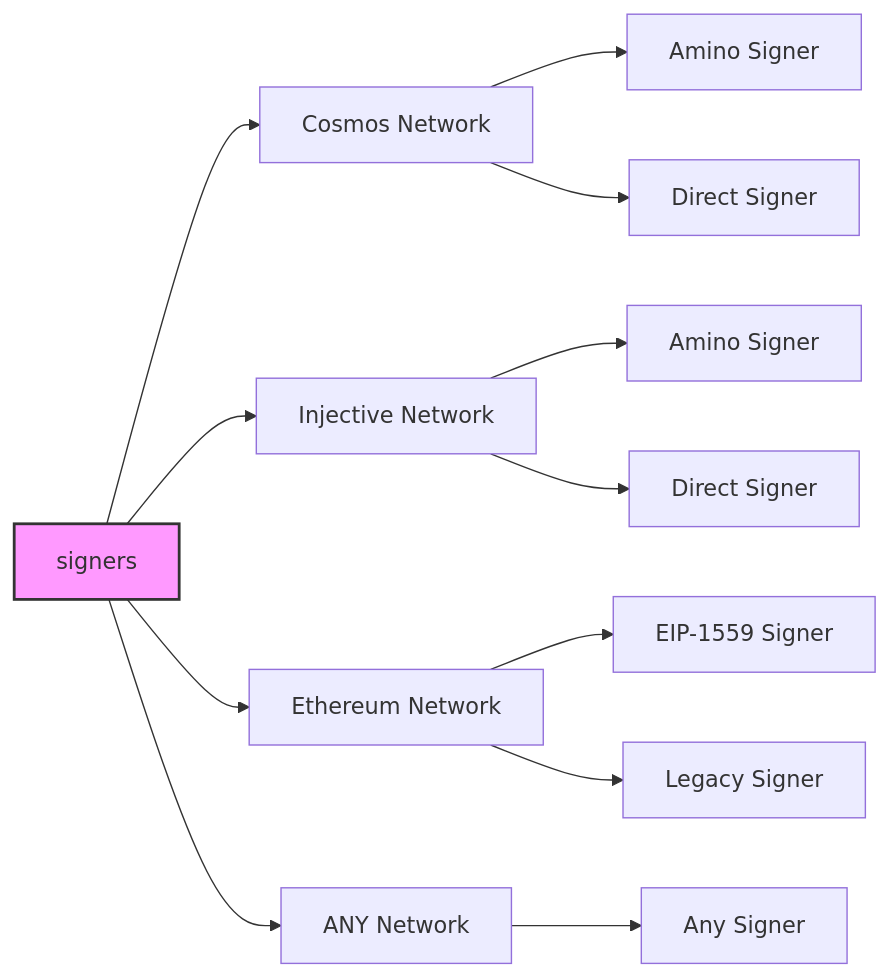
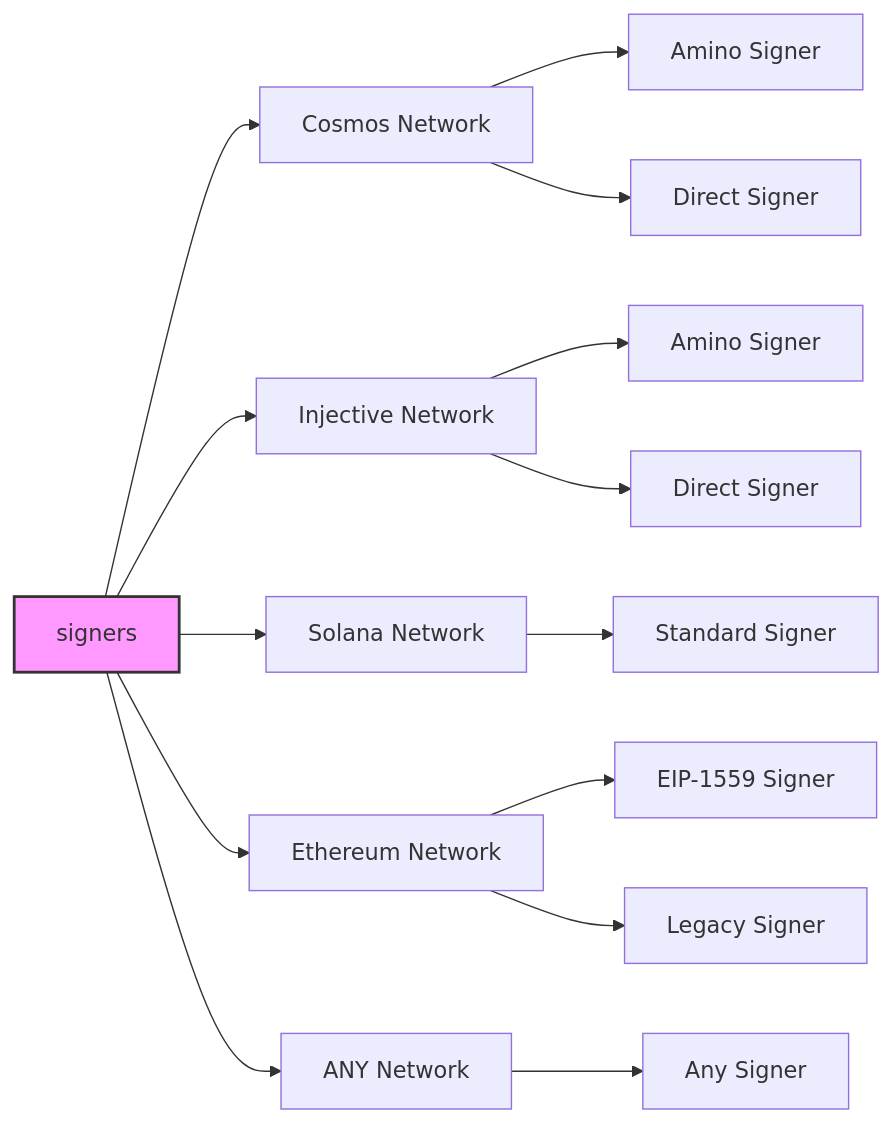
The first of 2 diagrams in README.md (hyperweb-io/interchainjs), drawn with Mermaid before and after one commit. The commit also changed other lines of this file and 2 other files, not shown here.

Commit message:
sync solana docs

````diff
--- a/README.md
+++ b/README.md
@@ -75,20 +76,23 @@
 ```mermaid
 graph LR
     signers --> cosmos_signer["Cosmos Network"]
     signers --> injective_signer["Injective Network"]
+    signers --> solana_signer["Solana Network"]
     signers --> ethereum_signer["Ethereum Network"]
     signers --> implement_signer["ANY Network"]
 
     cosmos_signer --> cosmos_amino["Amino Signer"]
     cosmos_signer --> cosmos_direct["Direct Signer"]
 
     ethereum_signer --> eip1559_signer["EIP-1559 Signer"]
     ethereum_signer --> legacy_signer["Legacy Signer"]
 
     injective_signer --> injective_amino["Amino Signer"]
     injective_signer --> injective_direct["Direct Signer"]
 
+    solana_signer --> solana_std["Standard Signer"]
+
     implement_signer --> any_signer["Any Signer"]
 
     style signers fill:#f9f,stroke:#333,stroke-width:2px
 ```
````
